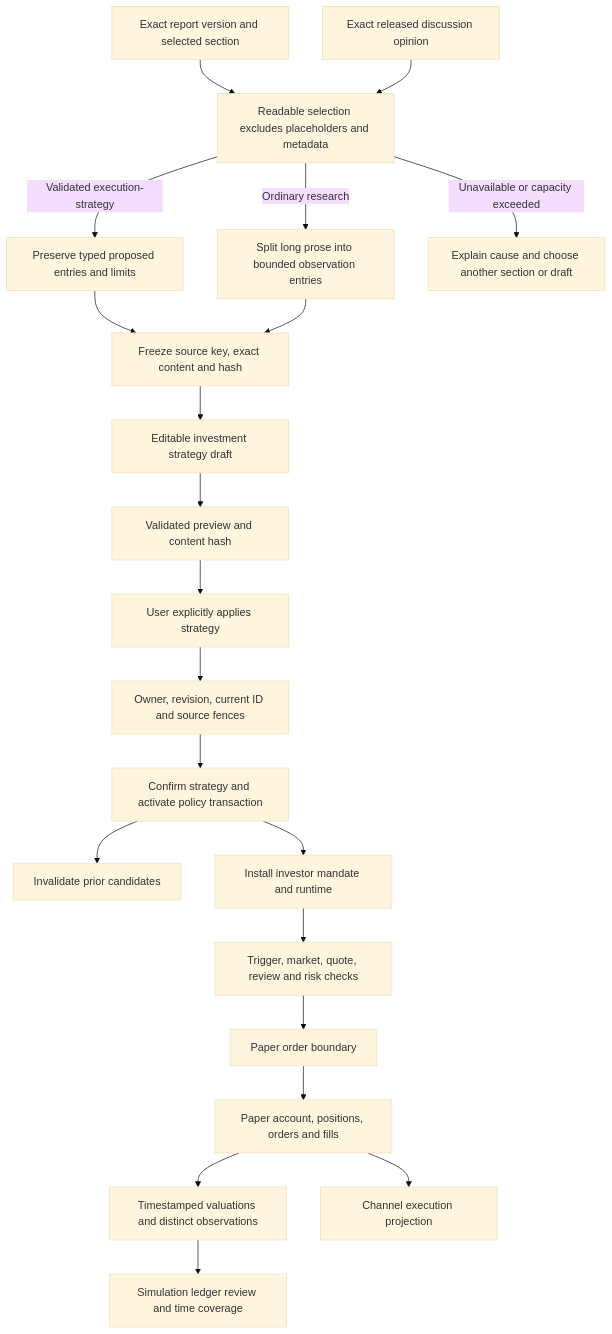
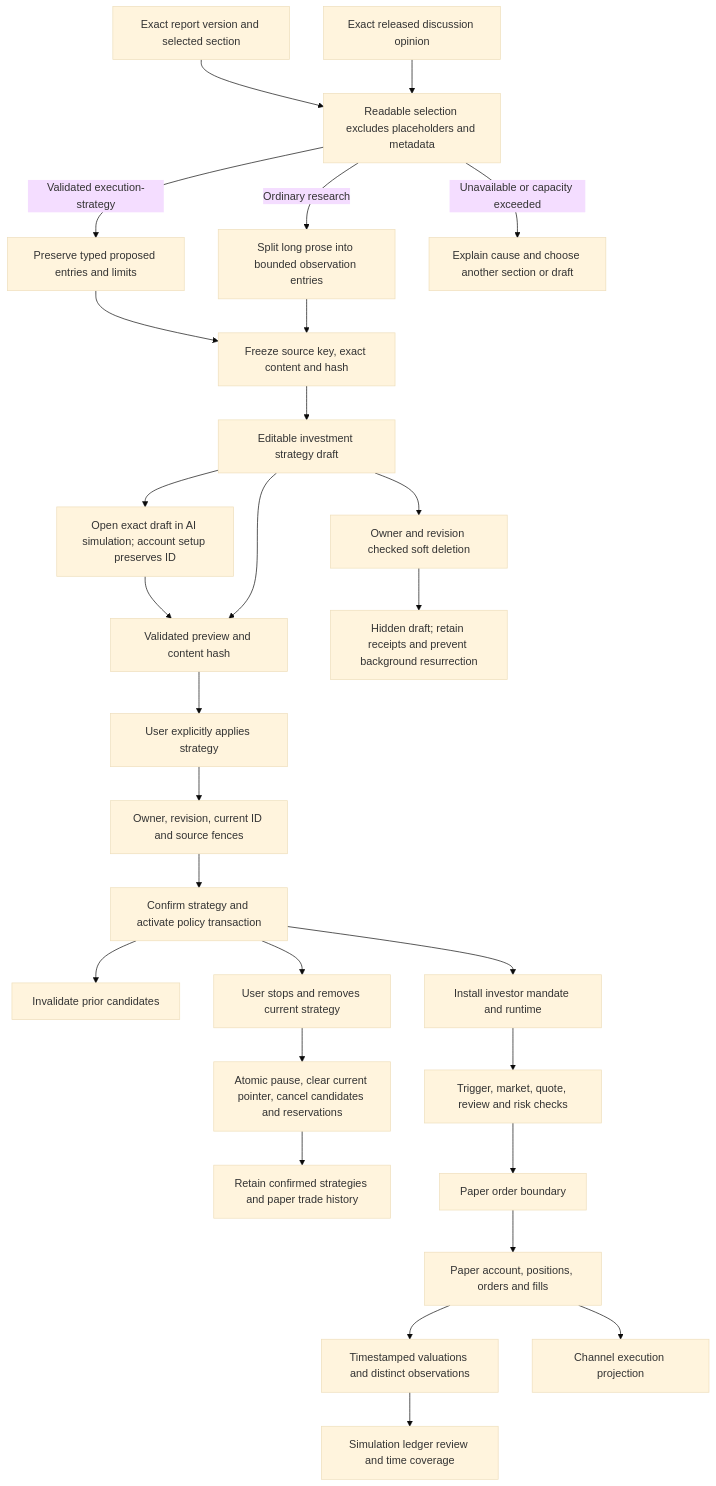
One commit to Lueyu/squabble changed the third of 5 diagrams in docs/architecture.md. Above: the diagram before and after it, drawn with Mermaid (base theme). The commit also changed other lines of this file and 70 other files, not shown here.

````diff
--- a/docs/architecture.md
+++ b/docs/architecture.md
@@ -107,23 +111,30 @@
 ```mermaid
 flowchart TD
     source["Exact report version and selected section"] --> readable["Readable selection excludes placeholders and metadata"]
     opinion["Exact released discussion opinion"] --> readable
     readable -->|"Validated execution-strategy"| typed["Preserve typed proposed entries and limits"]
     readable -->|"Ordinary research"| observation["Split long prose into bounded observation entries"]
     typed --> import["Freeze source key, exact content and hash"]
     observation --> import
     readable -->|"Unavailable or capacity exceeded"| reselect["Explain cause and choose another section or draft"]
     import --> draft["Editable investment strategy draft"]
+    draft --> destination["Open exact draft in AI simulation; account setup preserves ID"]
+    destination --> preview
+    draft --> removeDraft["Owner and revision checked soft deletion"]
+    removeDraft --> tombstone["Hidden draft; retain receipts and prevent background resurrection"]
     draft --> preview["Validated preview and content hash"]
     preview --> userApply["User explicitly applies strategy"]
     userApply --> fence["Owner, revision, current ID and source fences"]
     fence --> atomic["Confirm strategy and activate policy transaction"]
     atomic --> cancel["Invalidate prior candidates"]
     atomic --> runtime["Install investor mandate and runtime"]
+    atomic --> removeCurrent["User stops and removes current strategy"]
+    removeCurrent --> stopped["Atomic pause, clear current pointer, cancel candidates and reservations"]
+    stopped --> history["Retain confirmed strategies and paper trade history"]
     runtime --> evaluate["Trigger, market, quote, review and risk checks"]
     evaluate --> order["Paper order boundary"]
     order --> paper["Paper account, positions, orders and fills"]
     paper --> observations["Timestamped valuations and distinct observations"]
     observations --> review["Simulation ledger review and time coverage"]
     paper --> projection["Channel execution projection"]
 ```
````
